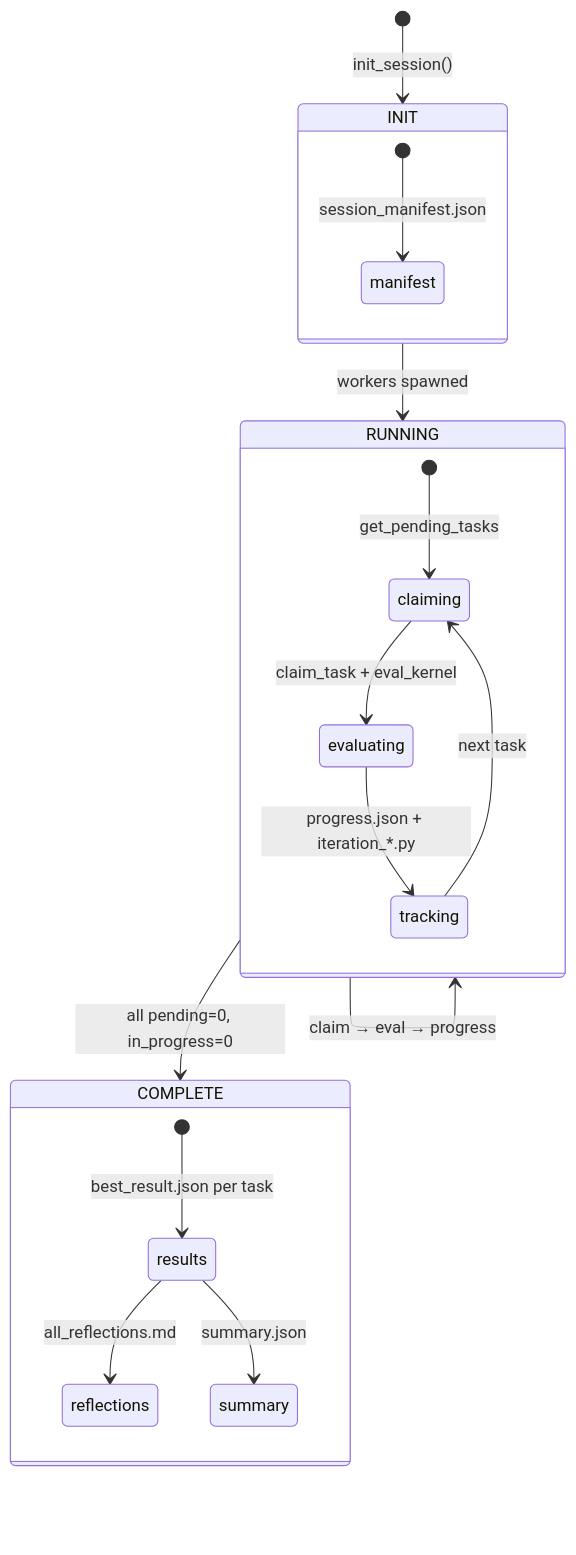
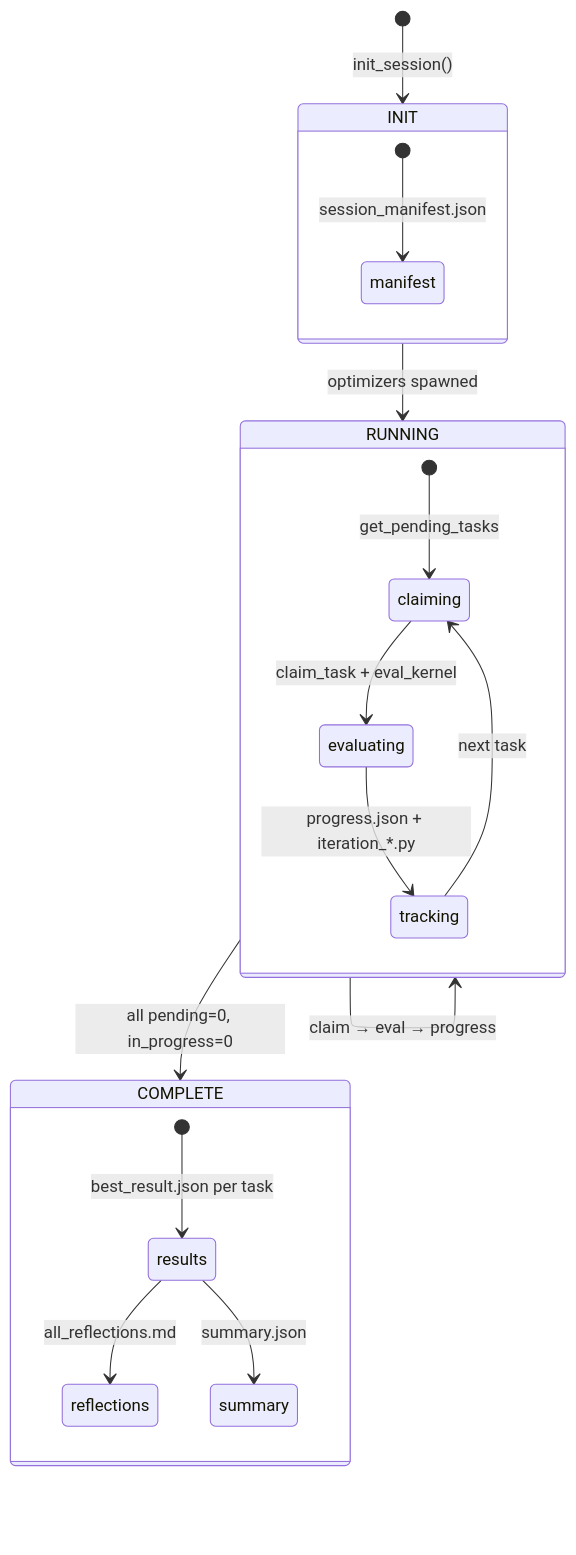
Before and after one commit to dtadpole/triton-ag: the sixth of 7 diagrams in Claude/Architecture.md, drawn with Mermaid. The commit also changed other lines of this file and 25 other files, not shown here.

First line of the commit message:
Phase 7+8: Flat spawning architecture, optimizer core redesign, verification tooling

````diff
--- a/Claude/Architecture.md
+++ b/Claude/Architecture.md
@@ -598,22 +700,22 @@
 ```mermaid
 stateDiagram-v2
     [*] --> INIT: init_session()
-    INIT --> RUNNING: workers spawned
+    INIT --> RUNNING: optimizers spawned
     RUNNING --> RUNNING: claim → eval → progress
     RUNNING --> COMPLETE: all pending=0, in_progress=0
 
     state INIT {
         [*] --> manifest: session_manifest.json
     }
     state RUNNING {
         [*] --> claiming: get_pending_tasks
         claiming --> evaluating: claim_task + eval_kernel
         evaluating --> tracking: progress.json + iteration_*.py
         tracking --> claiming: next task
     }
     state COMPLETE {
         [*] --> results: best_result.json per task
         results --> reflections: all_reflections.md
         results --> summary: summary.json
     }
 ```
````
